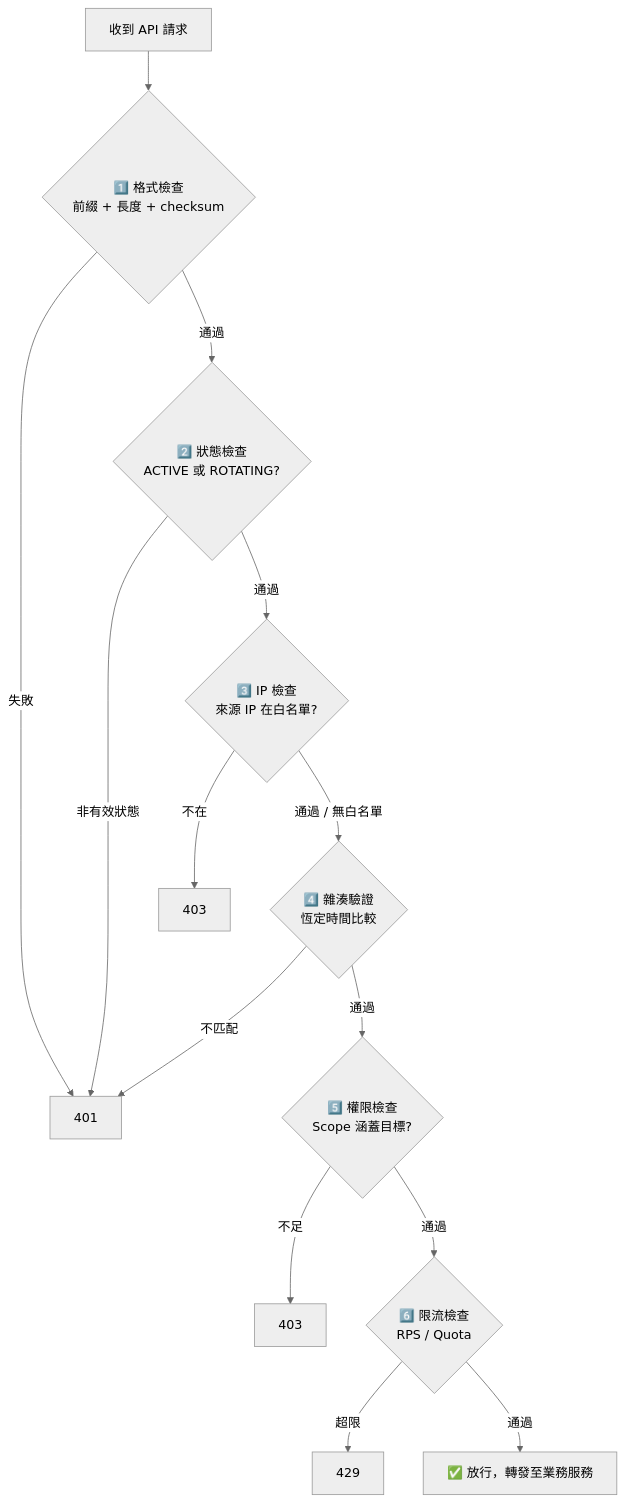
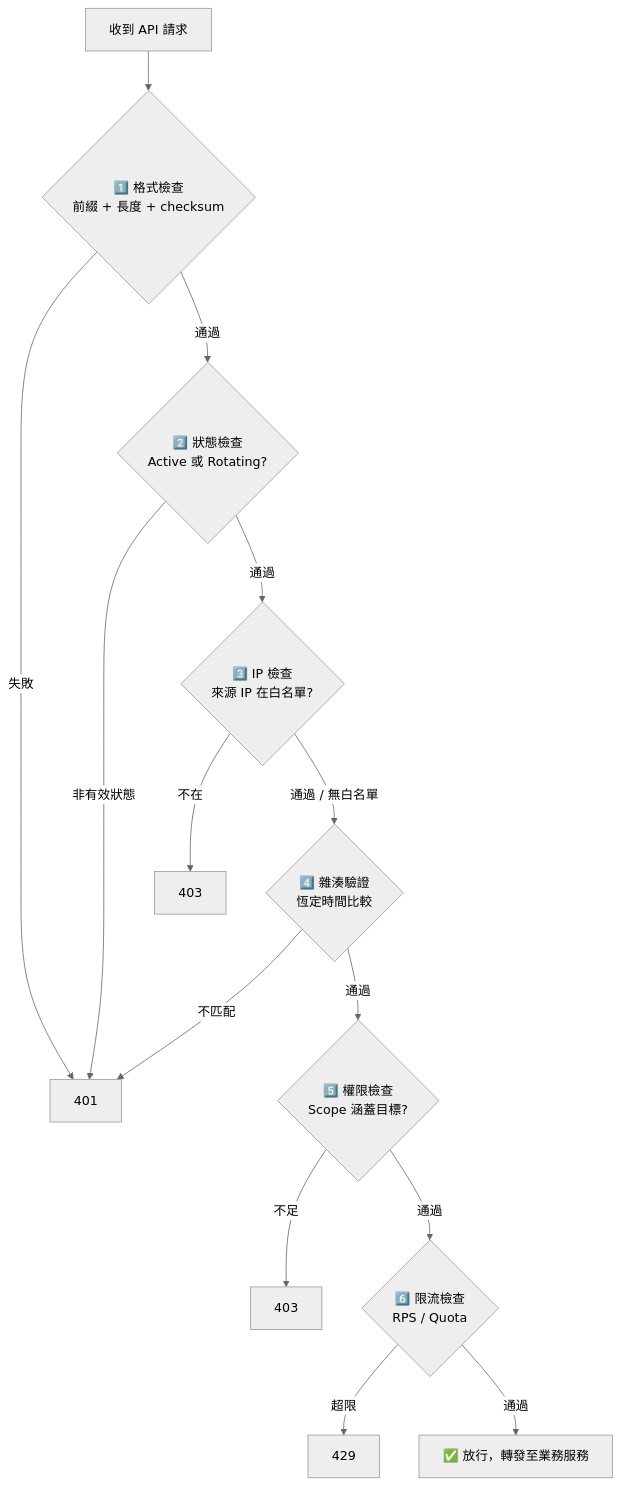
One commit to jame2408/api-protection changed the eighth of 17 diagrams in docs/design/design-doc.md. Above: the diagram before and after it, drawn with Mermaid (neutral theme). The commit also changed other lines of this file and 28 other files, not shown here.

````diff
--- a/docs/design/design-doc.md
+++ b/docs/design/design-doc.md
@@ -785,16 +785,16 @@
 ```mermaid
 flowchart TD
     A["收到 API 請求"] --> B{"1️⃣ 格式檢查<br/>前綴 + 長度 + checksum"}
     B -->|失敗| R1["401"]
-    B -->|通過| C{"2️⃣ 狀態檢查<br/>ACTIVE 或 ROTATING?"}
+    B -->|通過| C{"2️⃣ 狀態檢查<br/>Active 或 Rotating?"}
     C -->|非有效狀態| R1
     C -->|通過| D{"3️⃣ IP 檢查<br/>來源 IP 在白名單?"}
     D -->|不在| R2["403"]
     D -->|通過 / 無白名單| E{"4️⃣ 雜湊驗證<br/>恆定時間比較"}
     E -->|不匹配| R1
     E -->|通過| F{"5️⃣ 權限檢查<br/>Scope 涵蓋目標?"}
     F -->|不足| R3["403"]
     F -->|通過| G{"6️⃣ 限流檢查<br/>RPS / Quota"}
     G -->|超限| R4["429"]
     G -->|通過| H["✅ 放行，轉發至業務服務"]
 ```
````
